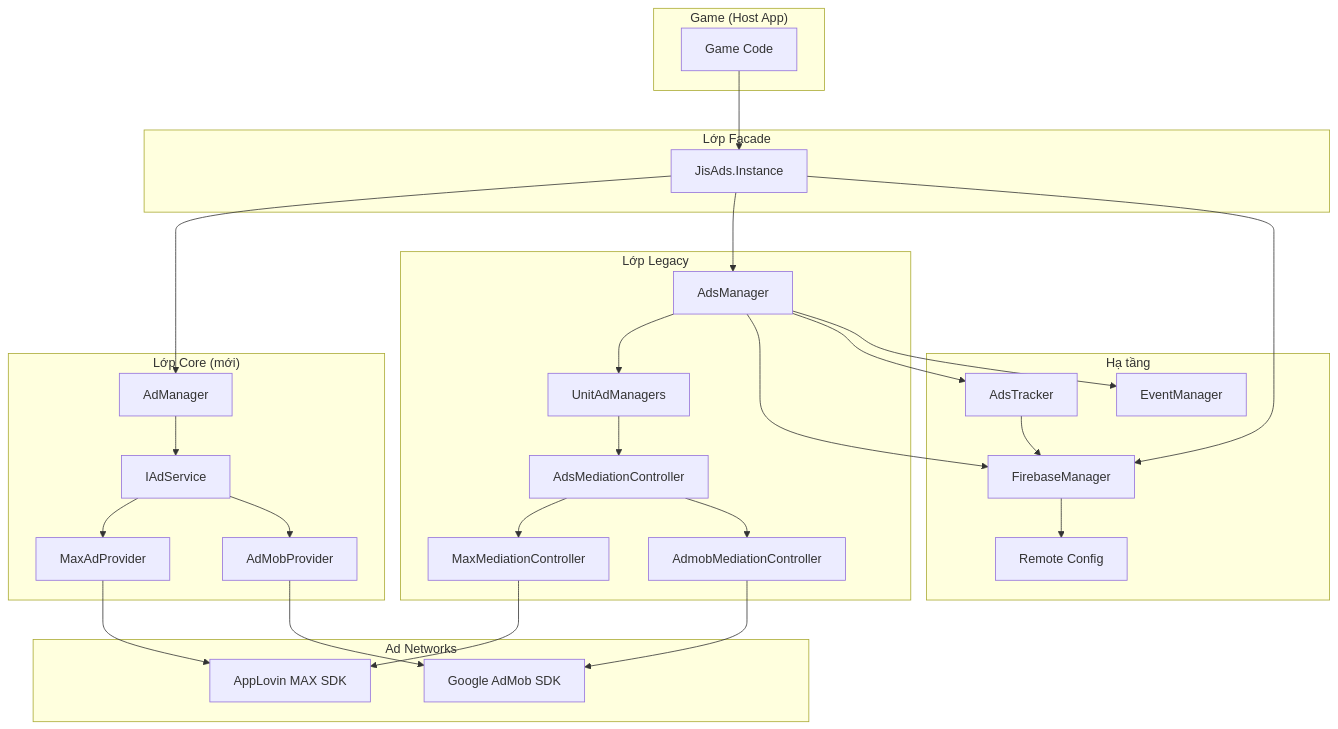
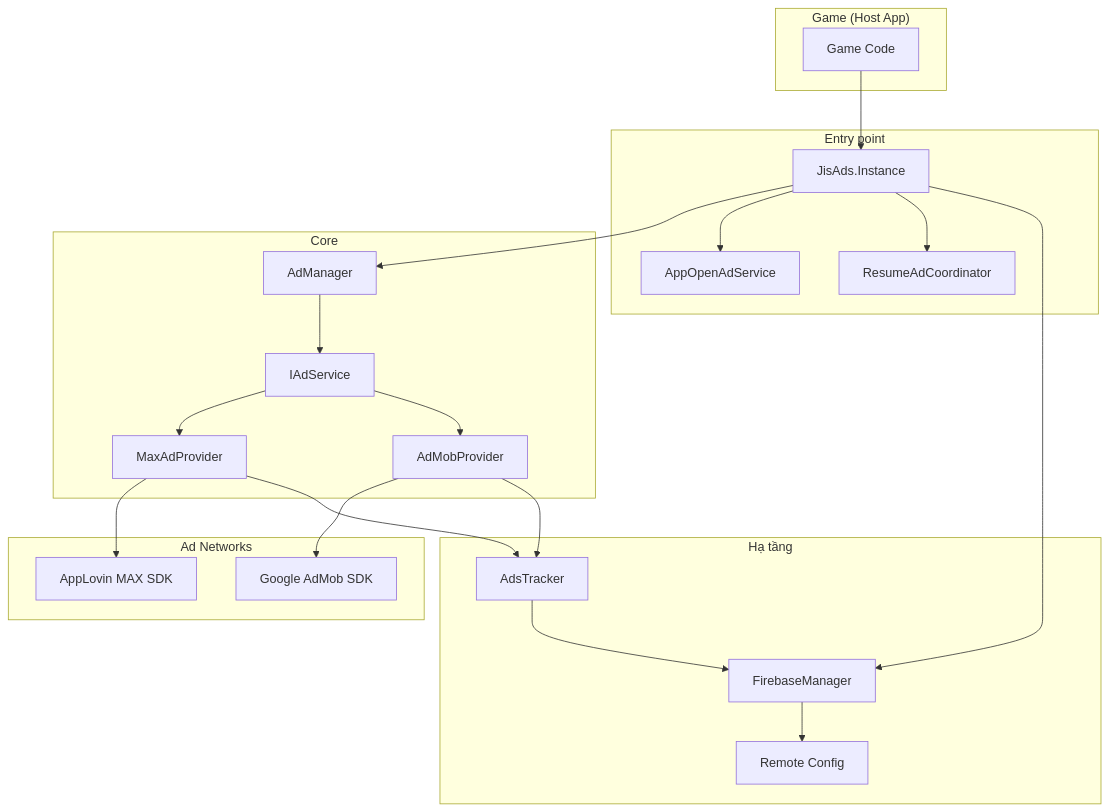
One commit to KunNguyen/SDK-Ads changed the first of 3 diagrams in docs/ADS_DESIGN.md. Above: the diagram before and after it, drawn with Mermaid. The commit also changed other lines of this file and 4 other files, not shown here.

First line of the commit message:
Docs: drop legacy AdsManager text from package and sample descriptions and ADS_DESIGN

````diff
--- a/docs/ADS_DESIGN.md
+++ b/docs/ADS_DESIGN.md
@@ -43,58 +44,45 @@
 ```mermaid
 flowchart TB
     subgraph Game["Game (Host App)"]
         GC[Game Code]
     end
 
-    subgraph Facade["Lớp Facade"]
+    subgraph Facade["Entry point"]
         JisAds[JisAds.Instance]
+        AppOpen[AppOpenAdService]
+        Resume[ResumeAdCoordinator]
     end
 
-    subgraph Core["Lớp Core (mới)"]
+    subgraph Core["Core"]
         AdManager[AdManager]
         IAdService[IAdService]
         MaxProvider[MaxAdProvider]
         AdMobProvider[AdMobProvider]
     end
 
-    subgraph Legacy["Lớp Legacy"]
-        AdsManager[AdsManager]
-        UnitMgr[UnitAdManagers]
-        MedCtrl[AdsMediationController]
-        MaxMC[MaxMediationController]
-        AdMobMC[AdmobMediationController]
-    end
-
     subgraph Infra["Hạ tầng"]
         Firebase[FirebaseManager]
         RC[Remote Config]
         Tracker[AdsTracker]
-        EventMgr[EventManager]
     end
 
     subgraph Network["Ad Networks"]
         MAX[AppLovin MAX SDK]
         AdMob[Google AdMob SDK]
     end
 
     GC --> JisAds
     JisAds --> AdManager
-    JisAds --> AdsManager
+    JisAds --> AppOpen
+    JisAds --> Resume
     AdManager --> IAdService
     IAdService --> MaxProvider
     IAdService --> AdMobProvider
-    AdsManager --> UnitMgr
-    UnitMgr --> MedCtrl
-    MedCtrl --> MaxMC
-    MedCtrl --> AdMobMC
     MaxProvider --> MAX
     AdMobProvider --> AdMob
-    MaxMC --> MAX
-    AdMobMC --> AdMob
+    MaxProvider --> Tracker
+    AdMobProvider --> Tracker
     JisAds --> Firebase
-    AdsManager --> Firebase
-    AdsManager --> Tracker
-    AdsManager --> EventMgr
     Firebase --> RC
     Tracker --> Firebase
 ```
````
